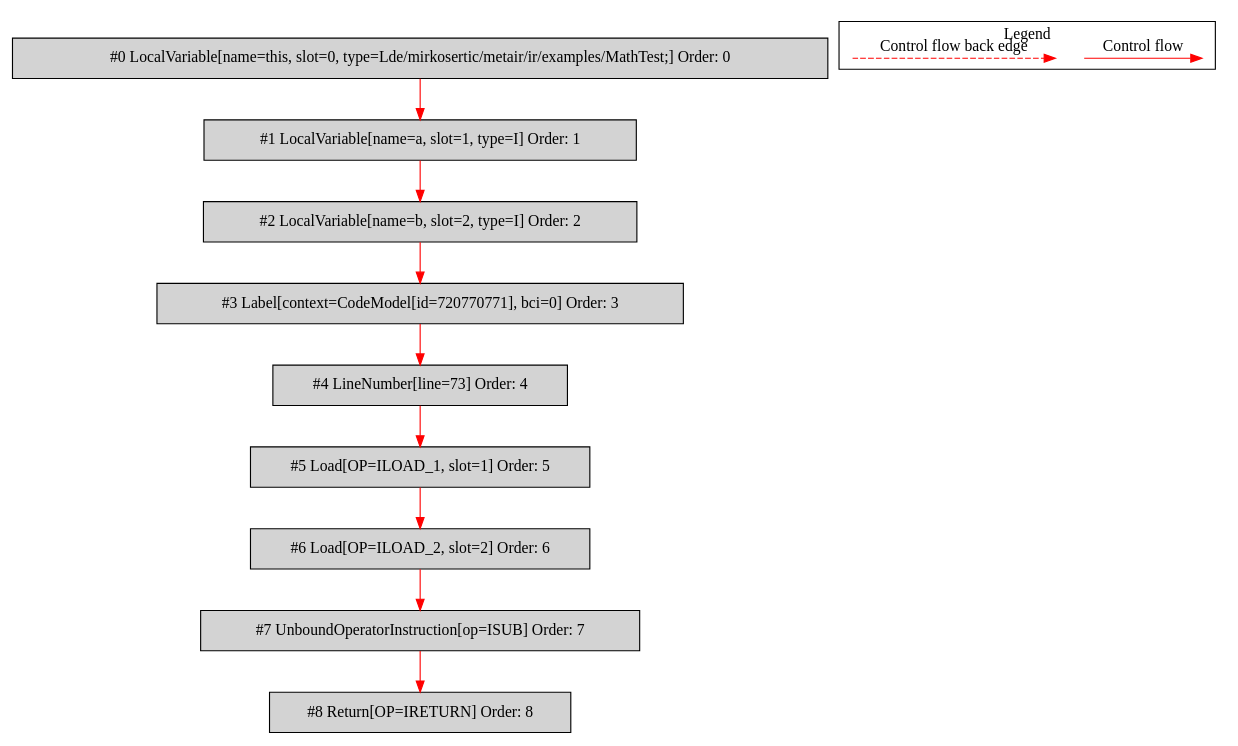
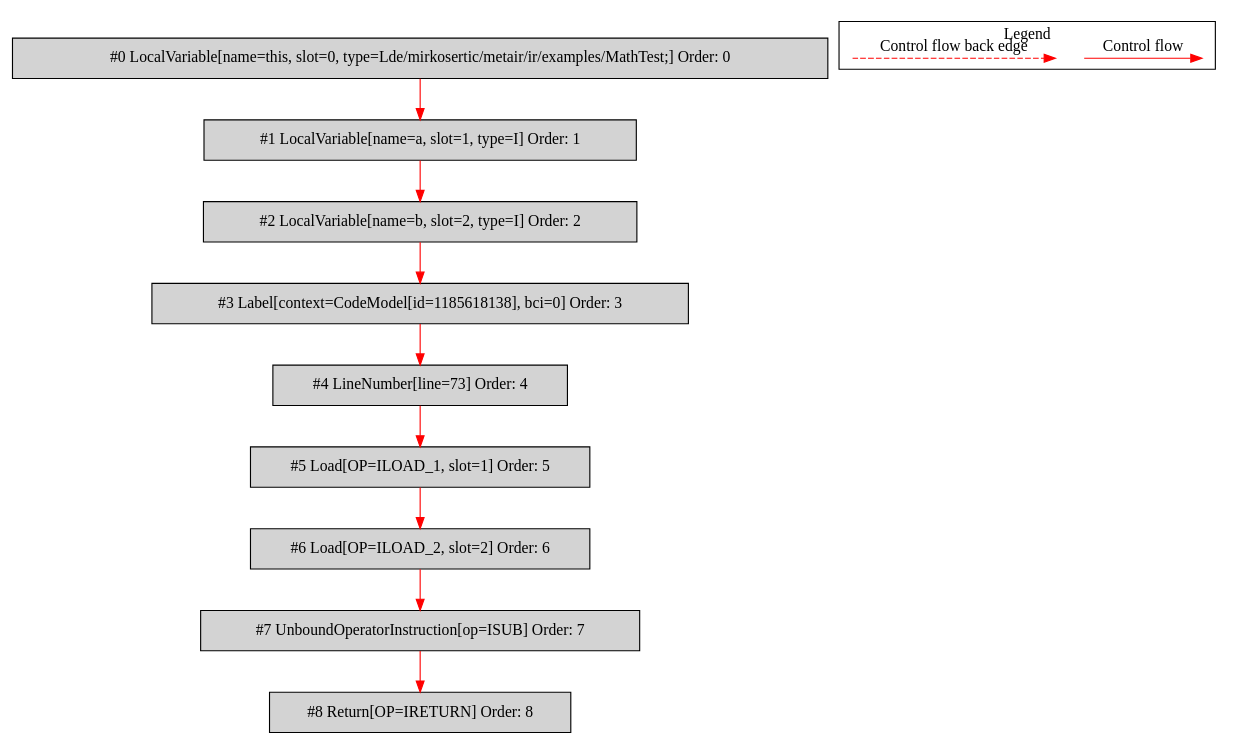
One commit to mirkosertic/MetaIR changed the diagram in de.mirkosertic.metair.ir.examples.MathTest/isub/bytecodecfg.dot. Above: the diagram before and after it, drawn with Graphviz. The commit also changed 1251 other files, not shown here.

```diff
--- a/de.mirkosertic.metair.ir.examples.MathTest/isub/bytecodecfg.dot
+++ b/de.mirkosertic.metair.ir.examples.MathTest/isub/bytecodecfg.dot
@@ -1,34 +1,34 @@
 digraph {
  ordering="in";
  node0[label="#0 LocalVariable[name=this, slot=0, type=Lde/mirkosertic/metair/ir/examples/MathTest;] Order: 0", shape=box, fillcolor=lightgrey, style=filled];
  node1[label="#1 LocalVariable[name=a, slot=1, type=I] Order: 1", shape=box, fillcolor=lightgrey, style=filled];
  node2[label="#2 LocalVariable[name=b, slot=2, type=I] Order: 2", shape=box, fillcolor=lightgrey, style=filled];
- node3[label="#3 Label[context=CodeModel[id=720770771], bci=0] Order: 3", shape=box, fillcolor=lightgrey, style=filled];
+ node3[label="#3 Label[context=CodeModel[id=1185618138], bci=0] Order: 3", shape=box, fillcolor=lightgrey, style=filled];
  node4[label="#4 LineNumber[line=73] Order: 4", shape=box, fillcolor=lightgrey, style=filled];
  node5[label="#5 Load[OP=ILOAD_1, slot=1] Order: 5", shape=box, fillcolor=lightgrey, style=filled];
  node6[label="#6 Load[OP=ILOAD_2, slot=2] Order: 6", shape=box, fillcolor=lightgrey, style=filled];
  node7[label="#7 UnboundOperatorInstruction[op=ISUB] Order: 7", shape=box, fillcolor=lightgrey, style=filled];
  node8[label="#8 Return[OP=IRETURN] Order: 8", shape=box, fillcolor=lightgrey, style=filled];
  node0 -> node1[color=red];
  node1 -> node2[color=red];
  node2 -> node3[color=red];
  node3 -> node4[color=red];
  node4 -> node5[color=red];
  node5 -> node6[color=red];
  node6 -> node7[color=red];
  node7 -> node8[color=red];
  subgraph cluster_000 {
   label = "Legend";
   node [shape=point]
   {
    rank=same;
    c0 [style = invis];
    c1 [style = invis];
    c2 [style = invis];
    c3 [style = invis];
   }
   c0 -> c1 [label="Control flow", style=solid, color=red]
   c2 -> c3 [label="Control flow back edge", style=dashed, color=red]
  }
 
 }
```
